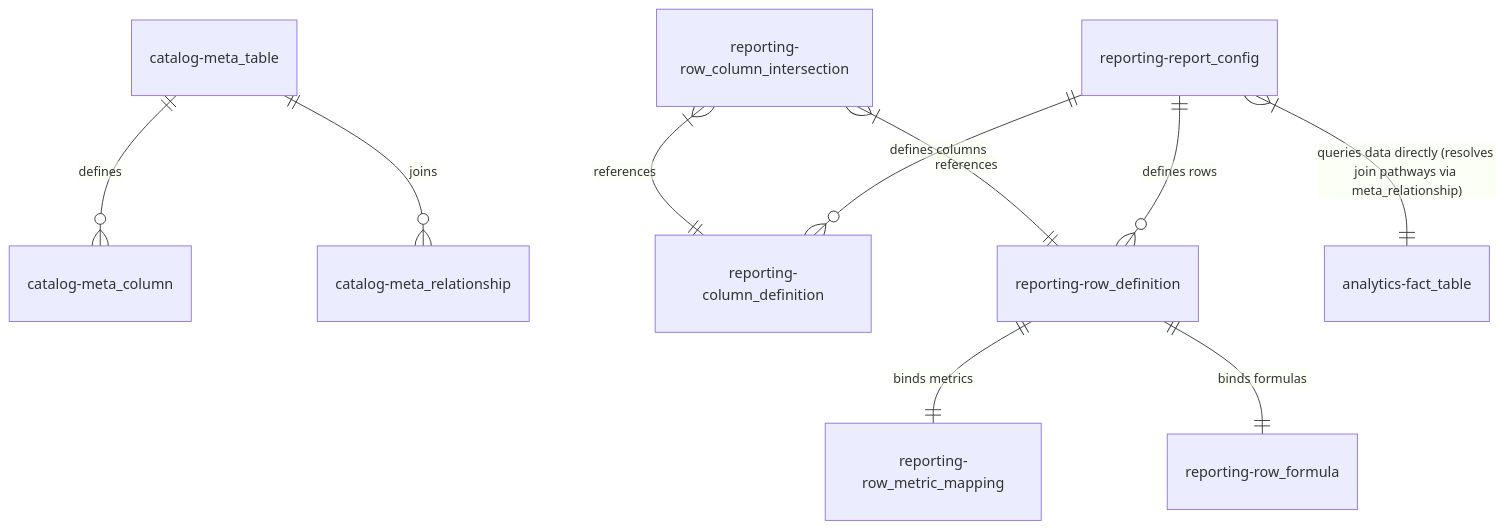
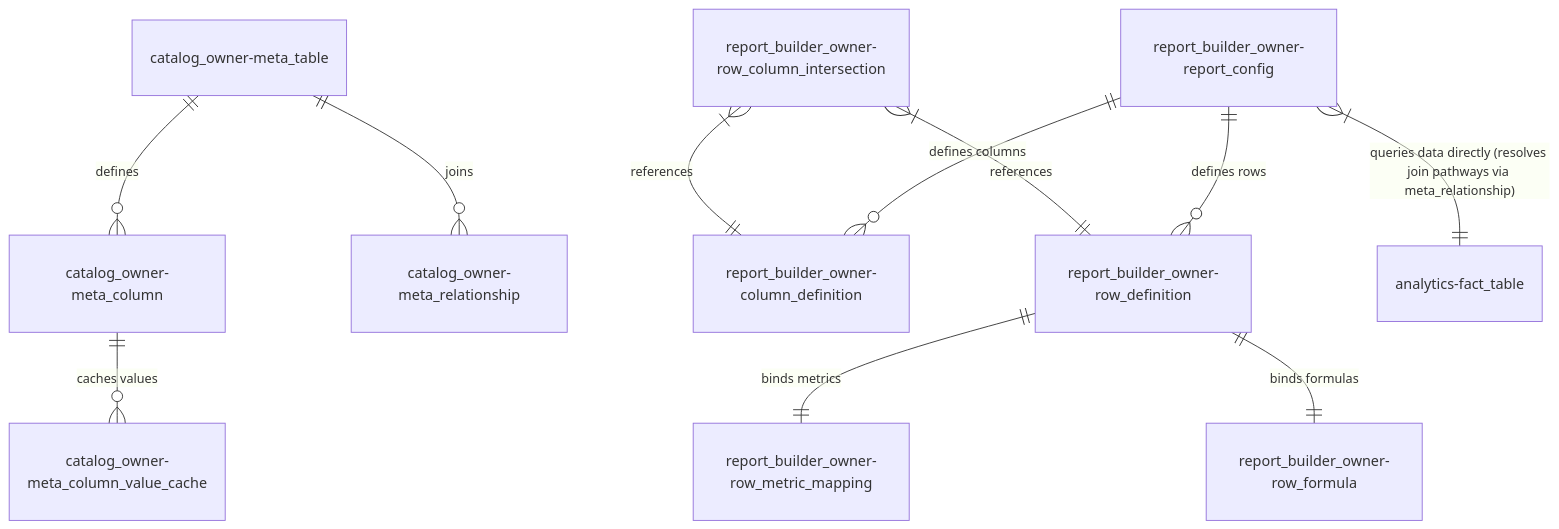
The diagram in docs/datamodel_documentation.md (rpg2go/reportingengine_backend), drawn with Mermaid before and after one commit. The commit also changed other lines of this file and 29 other files, not shown here.

Commit message:
feat: implement persistent metadata column value caching with dedicated repository and service layer

````diff
--- a/docs/datamodel_documentation.md
+++ b/docs/datamodel_documentation.md
@@ -15,14 +15,15 @@
 ```mermaid
 erDiagram
-    catalog-meta_table ||--o{ catalog-meta_column : defines
-    catalog-meta_table ||--o{ catalog-meta_relationship : joins
+    catalog_owner-meta_table ||--o{ catalog_owner-meta_column : defines
+    catalog_owner-meta_table ||--o{ catalog_owner-meta_relationship : joins
+    catalog_owner-meta_column ||--o{ catalog_owner-meta_column_value_cache : "caches values"
     
-    reporting-report_config ||--o{ reporting-column_definition : "defines columns"
-    reporting-report_config ||--o{ reporting-row_definition : "defines rows"
-    reporting-row_definition ||--|| reporting-row_metric_mapping : "binds metrics"
-    reporting-row_definition ||--|| reporting-row_formula : "binds formulas"
-    reporting-row_column_intersection }|--|| reporting-row_definition : references
-    reporting-row_column_intersection }|--|| reporting-column_definition : references
+    report_builder_owner-report_config ||--o{ report_builder_owner-column_definition : "defines columns"
+    report_builder_owner-report_config ||--o{ report_builder_owner-row_definition : "defines rows"
+    report_builder_owner-row_definition ||--|| report_builder_owner-row_metric_mapping : "binds metrics"
+    report_builder_owner-row_definition ||--|| report_builder_owner-row_formula : "binds formulas"
+    report_builder_owner-row_column_intersection }|--|| report_builder_owner-row_definition : references
+    report_builder_owner-row_column_intersection }|--|| report_builder_owner-column_definition : references
     
-    reporting-report_config }|--|| analytics-fact_table : "queries data directly (resolves join pathways via meta_relationship)"
+    report_builder_owner-report_config }|--|| analytics-fact_table : "queries data directly (resolves join pathways via meta_relationship)"
 ```
````
